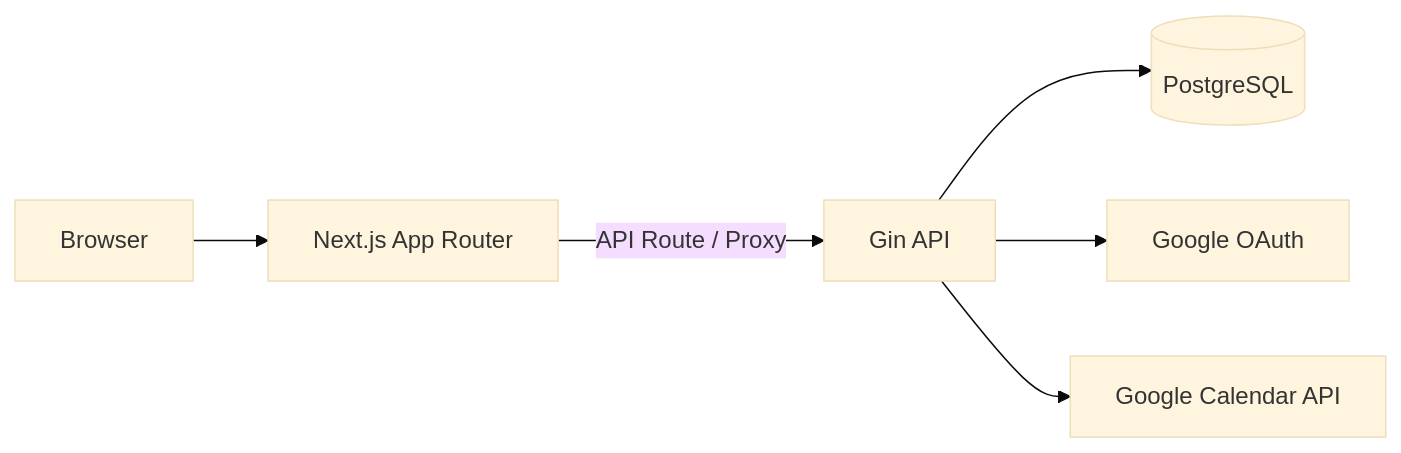
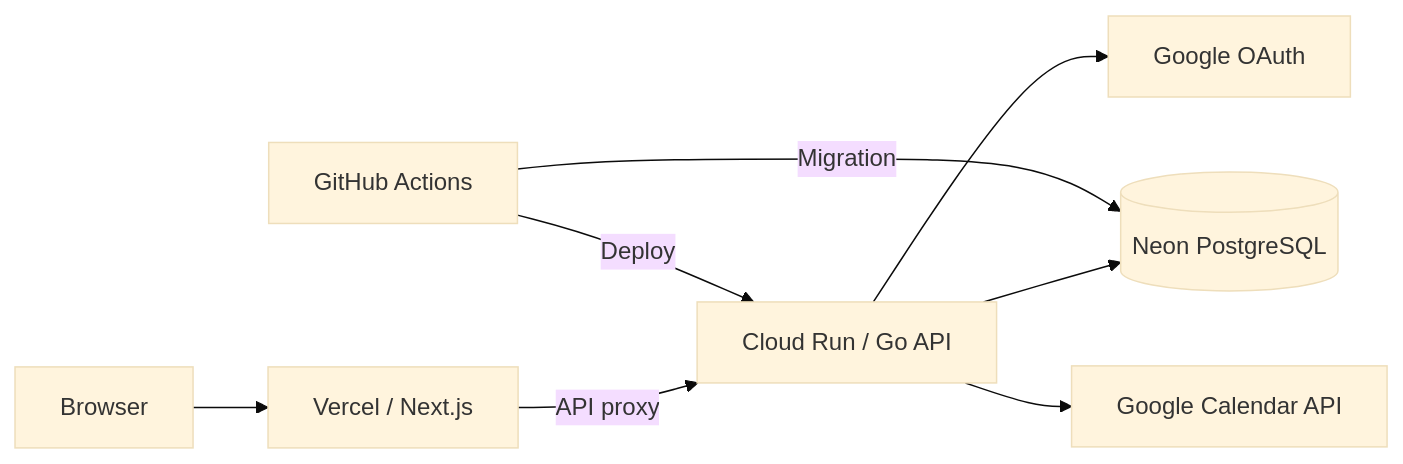
The diagram in README.md (koo-arch/adjusta), drawn with Mermaid (base theme) before and after one commit. The commit also changed other lines of this file, not shown here.

````diff
--- a/README.md
+++ b/README.md
@@ -57,8 +99,10 @@
 ```mermaid
 flowchart LR
-  Browser[Browser] --> Frontend[Next.js App Router]
-  Frontend -->|API Route / Proxy| Backend[Gin API]
-  Backend --> DB[(PostgreSQL)]
-  Backend --> OAuth[Google OAuth]
-  Backend --> GCal[Google Calendar API]
+  Browser[Browser] --> Vercel[Vercel / Next.js]
+  Vercel -->|API proxy| CloudRun[Cloud Run / Go API]
+  CloudRun --> Neon[(Neon PostgreSQL)]
+  CloudRun --> GoogleOAuth[Google OAuth]
+  CloudRun --> GoogleCalendar[Google Calendar API]
+  GitHub[GitHub Actions] -->|Deploy| CloudRun
+  GitHub -->|Migration| Neon
 ```
````
